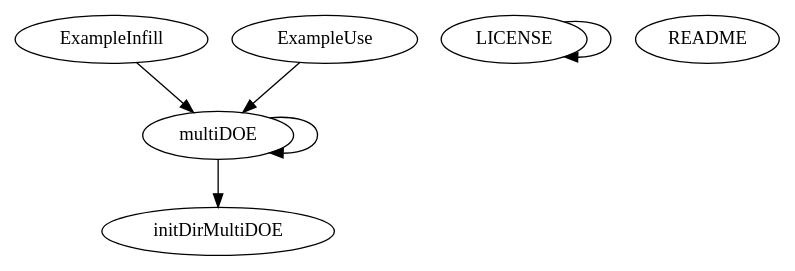
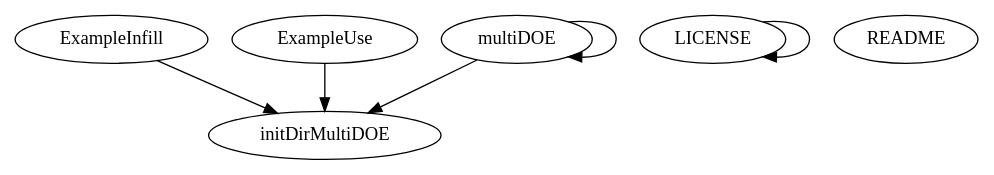
The diagram in doc/GRENAT/src/libs/MultiDOE/graph.dot (luclaurent/GRENAT), drawn with Graphviz before and after one commit. The commit also changed 178 other files, not shown here.

```diff
--- a/doc/GRENAT/src/libs/MultiDOE/graph.dot
+++ b/doc/GRENAT/src/libs/MultiDOE/graph.dot
@@ -1,15 +1,15 @@
 /* Created by mdot for Matlab */
 digraph m2html {
-  ExampleInfill -> multiDOE;
-  ExampleUse -> multiDOE;
+  ExampleInfill -> initDirMultiDOE;
+  ExampleUse -> initDirMultiDOE;
   LICENSE -> LICENSE;
   multiDOE -> initDirMultiDOE;
   multiDOE -> multiDOE;
 
   ExampleInfill [URL="ExampleInfill.html"];
   ExampleUse [URL="ExampleUse.html"];
   LICENSE [URL="LICENSE.html"];
   README [URL="README.html"];
   initDirMultiDOE [URL="initDirMultiDOE.html"];
   multiDOE [URL="multiDOE.html"];
 }
```
